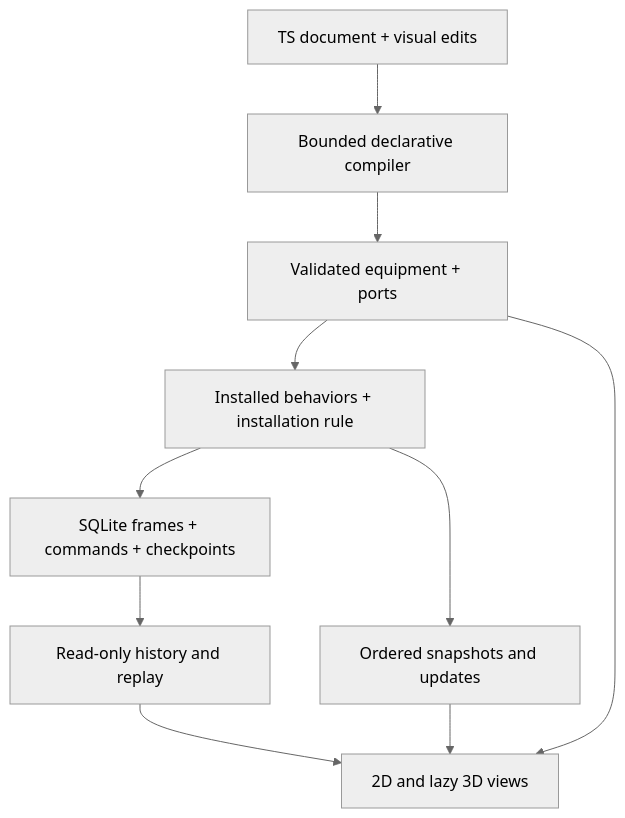
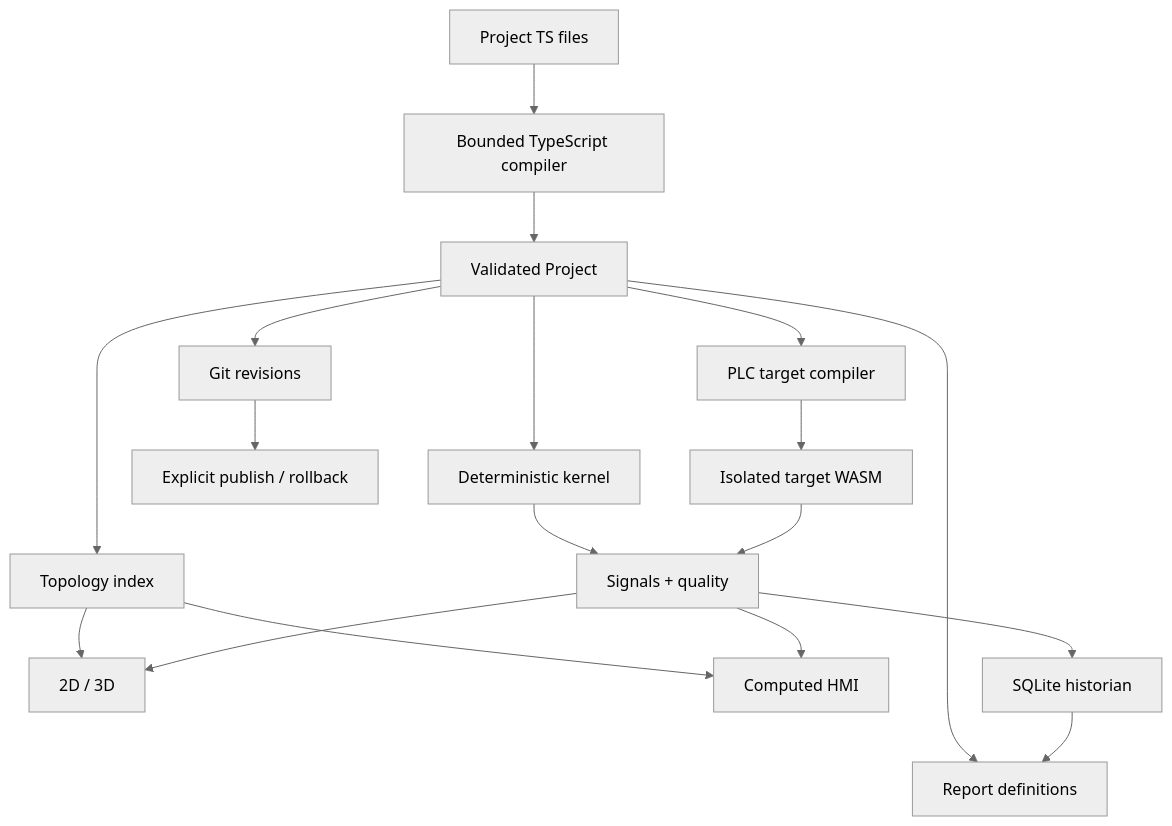
Before and after one commit to Pom4H/saturn: the diagram in docs/architecture.md, drawn with Mermaid (neutral theme). The commit also changed other lines of this file, not shown here.

Commit message:
docs: replace prototype architecture with Saturn MVP architecture

````diff
--- a/docs/architecture.md
+++ b/docs/architecture.md
@@ -5,12 +11,20 @@
 ```mermaid
 flowchart TD
-  Author["TS document + visual edits"] --> Compiler["Bounded declarative compiler"]
-  Compiler --> Configuration["Validated equipment + ports"]
-  Configuration --> Server["Installed behaviors + installation rule"]
-  Server --> Storage["SQLite frames + commands + checkpoints"]
-  Server --> Stream["Ordered snapshots and updates"]
-  Stream --> Views["2D and lazy 3D views"]
-  Configuration --> Views
-  Storage --> Replay["Read-only history and replay"]
-  Replay --> Views
+  Source["Project TS files"] --> Compiler["Bounded TypeScript compiler"]
+  Compiler --> Project["Validated Project"]
+  Project --> Topology["Topology index"]
+  Topology --> Canvas["2D / 3D"]
+  Topology --> AutoHMI["Computed HMI"]
+  Project --> Kernel["Deterministic kernel"]
+  Project --> Reports["Report definitions"]
+  Project --> PLC["PLC target compiler"]
+  Kernel --> Samples["Signals + quality"]
+  Samples --> Canvas
+  Samples --> AutoHMI
+  Samples --> Historian["SQLite historian"]
+  Historian --> Reports
+  Project --> Git["Git revisions"]
+  Git --> Release["Explicit publish / rollback"]
+  PLC --> Runtime["Isolated target WASM"]
+  Runtime --> Samples
 ```
````
